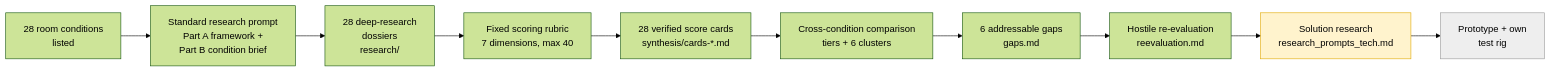
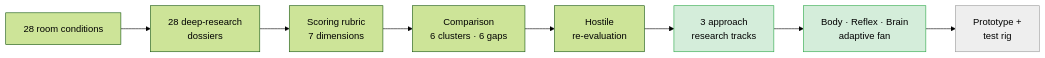
One commit to Girish-0/Atomberg changed the second of 2 diagrams in README.md. Above: the diagram before and after it, drawn with Mermaid (forest theme). The commit also changed other lines of this file and 1 other file, not shown here.

Commit message:
Rewrite README around the Body/Reflex/Brain adaptive fan approach

````diff
--- a/README.md
+++ b/README.md
@@ -49,14 +223,13 @@
 ```mermaid
 flowchart LR
-    A[28 room conditions<br/>listed] --> B[Standard research prompt<br/>Part A framework +<br/>Part B condition brief]
-    B --> C[28 deep-research<br/>dossiers<br/>research/]
-    C --> D[Fixed scoring rubric<br/>7 dimensions, max 40]
-    D --> E[28 verified score cards<br/>synthesis/cards-*.md]
-    E --> F[Cross-condition comparison<br/>tiers + 6 clusters]
-    F --> G[6 addressable gaps<br/>gaps.md]
-    G --> H[Hostile re-evaluation<br/>reevaluation.md]
-    H --> I[Solution research<br/>research_prompts_tech.md]
-    I --> J[Prototype + own<br/>test rig]
-    style I fill:#fff3cd,stroke:#e0a800
-    style J fill:#eeeeee,stroke:#999
+    A[28 room conditions] --> B[28 deep-research<br/>dossiers]
+    B --> C[Scoring rubric<br/>7 dimensions]
+    C --> D[Comparison<br/>6 clusters · 6 gaps]
+    D --> E[Hostile<br/>re-evaluation]
+    E --> F[3 approach<br/>research tracks]
+    F --> G[Body · Reflex · Brain<br/>adaptive fan]
+    G --> H[Prototype +<br/>test rig]
+    style F fill:#d4edda,stroke:#28a745
+    style G fill:#d4edda,stroke:#28a745
+    style H fill:#eeeeee,stroke:#999
 ```
````
